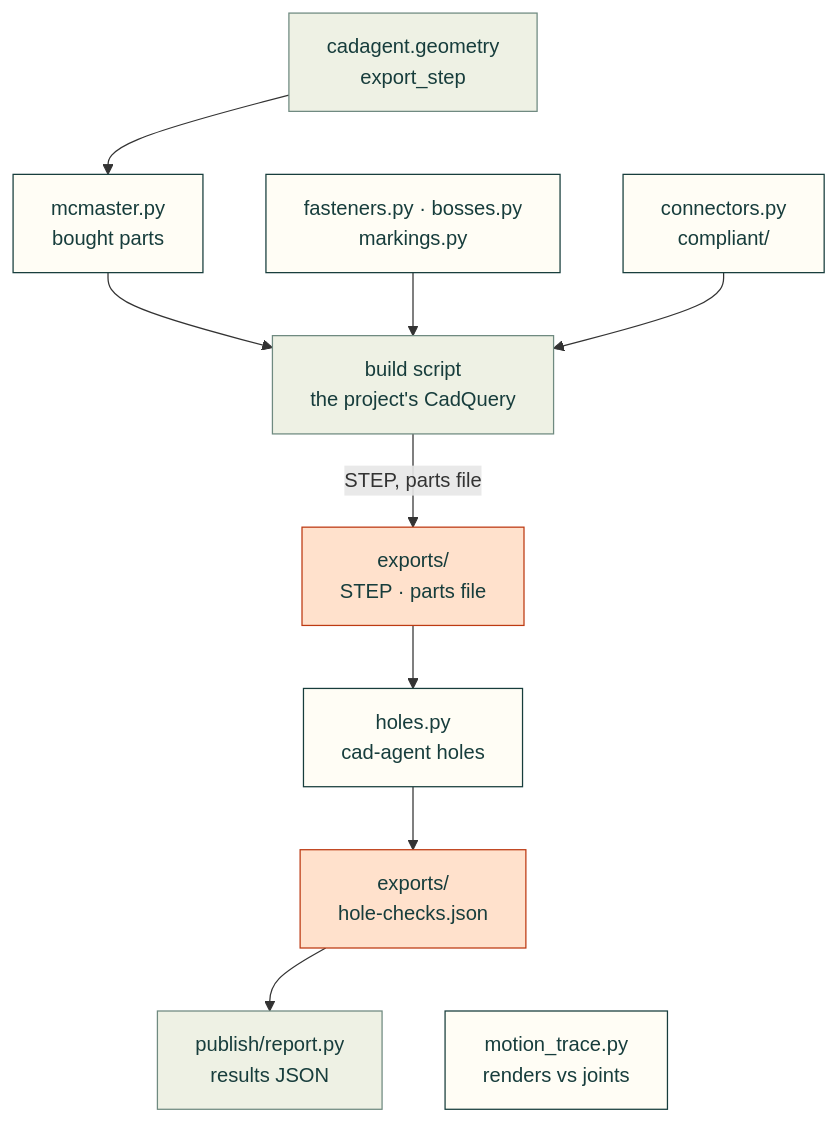
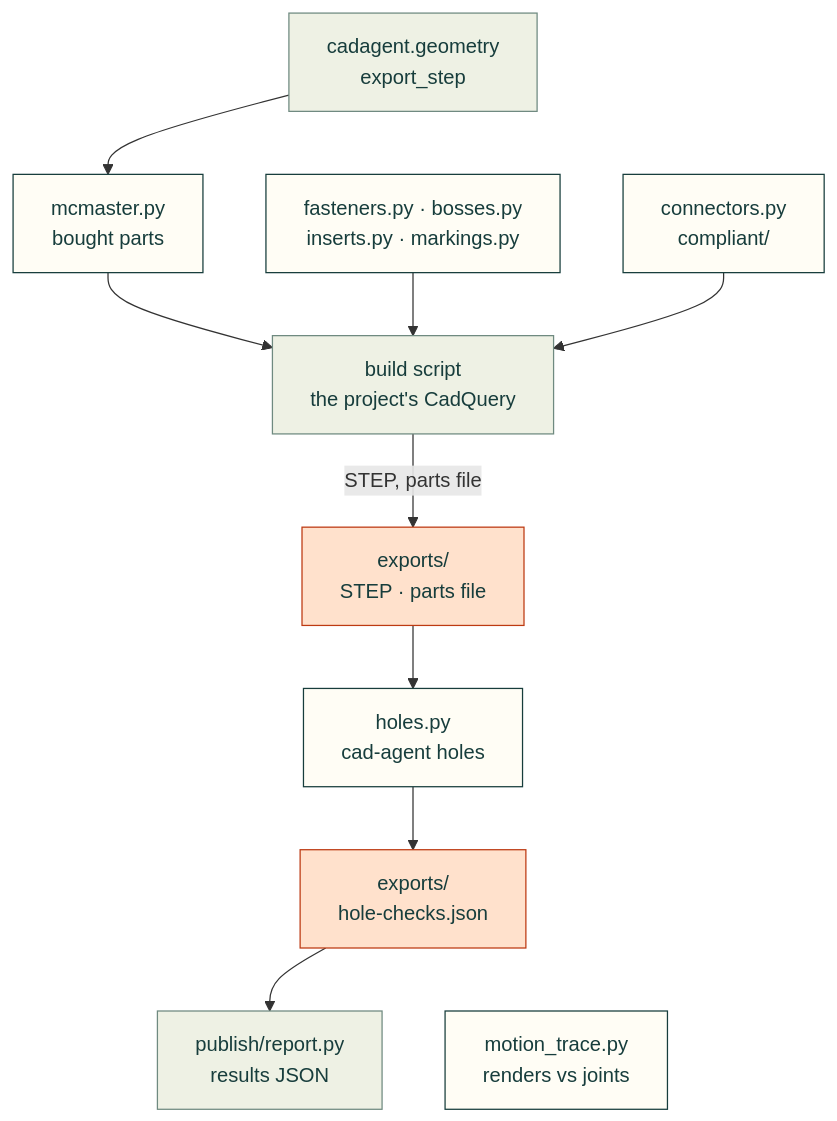
The diagram in src/cadagent/mechanical/README.md (Valpatel/cad-agent), drawn with Mermaid before and after one commit. The commit also changed other lines of this file and 13 other files, not shown here.

````diff
--- a/src/cadagent/mechanical/README.md
+++ b/src/cadagent/mechanical/README.md
@@ -12,18 +12,18 @@
 ```mermaid
 flowchart TD
     G["cadagent.geometry<br/>export_step"] --> MC["mcmaster.py<br/>bought parts"]
-    G ~~~ FK["fasteners.py · bosses.py<br/>markings.py"]
+    G ~~~ FK["fasteners.py · bosses.py<br/>inserts.py · markings.py"]
     G ~~~ CC["connectors.py<br/>compliant/"]
     MC & FK & CC --> B["build script<br/>the project's CadQuery"]
     B -->|"STEP, parts file"| X["exports/<br/>STEP · parts file"]
     X --> H["holes.py<br/>cad-agent holes"]
     H --> HJ["exports/<br/>hole-checks.json"]
     HJ --> R["publish/report.py<br/>results JSON"]
     HJ ~~~ MT["motion_trace.py<br/>renders vs joints"]
     classDef here fill:#fffdf5,stroke:#173d3c,color:#173d3c
     classDef near fill:#eef1e4,stroke:#6f8a80,color:#173d3c
     classDef out fill:#ffe1cc,stroke:#bd3a12,color:#173d3c
     class MC,FK,CC,H,MT here
     class G,B,R near
     class X,HJ out
 ```
````
